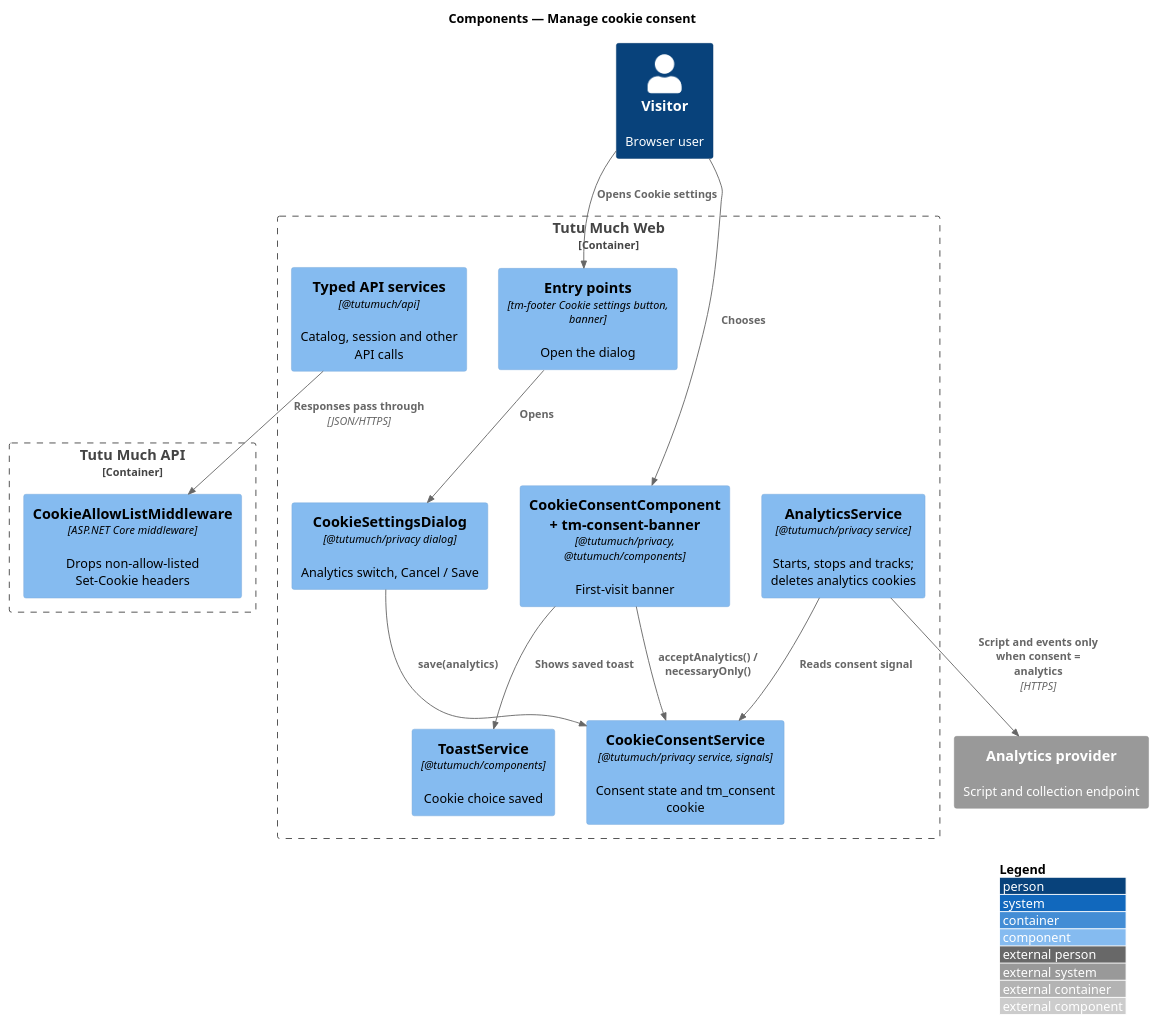
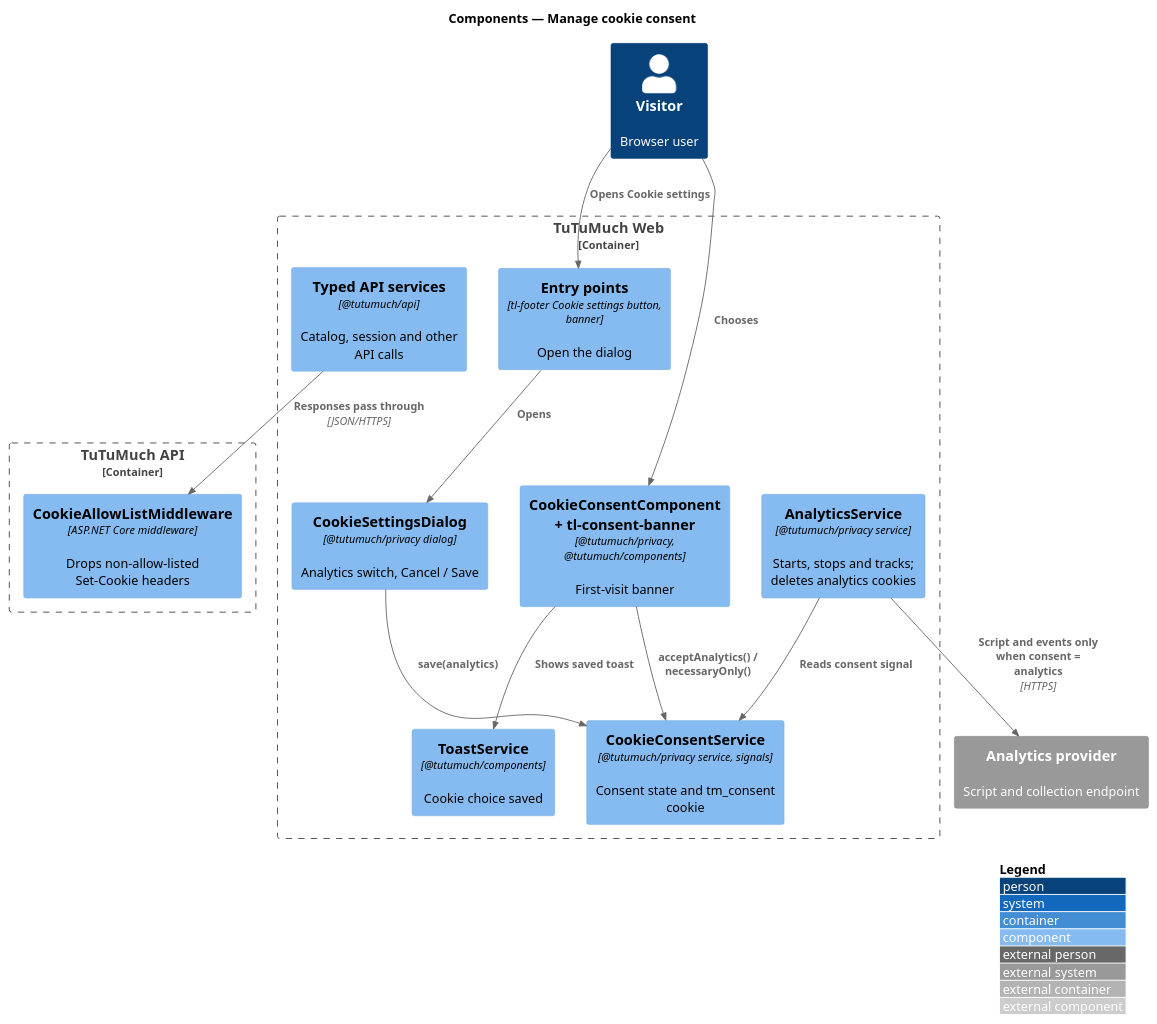
One commit to QuinntyneBrown/tutumuch changed the diagram in docs/detailed-designs/privacy/manage-cookie-consent/diagrams/c4-component.puml. Above: the diagram before and after it, drawn with PlantUML. The commit also changed 1004 other files, not shown here.

```diff
--- a/docs/detailed-designs/privacy/manage-cookie-consent/diagrams/c4-component.puml
+++ b/docs/detailed-designs/privacy/manage-cookie-consent/diagrams/c4-component.puml
@@ -1,30 +1,30 @@
 @startuml
 !include <C4/C4_Component>
 LAYOUT_WITH_LEGEND()
 title Components — Manage cookie consent
 
 Person(visitor, "Visitor", "Browser user")
-Container_Boundary(web, "Tutu Much Web") {
-  Component(banner, "CookieConsentComponent + tm-consent-banner", "@tutumuch/privacy, @tutumuch/components", "First-visit banner")
+Container_Boundary(web, "TuTuMuch Web") {
+  Component(banner, "CookieConsentComponent + tl-consent-banner", "@tutumuch/privacy, @tutumuch/components", "First-visit banner")
   Component(dialog, "CookieSettingsDialog", "@tutumuch/privacy dialog", "Analytics switch, Cancel / Save")
-  Component(entry, "Entry points", "tm-footer Cookie settings button, banner", "Open the dialog")
+  Component(entry, "Entry points", "tl-footer Cookie settings button, banner", "Open the dialog")
   Component(consent, "CookieConsentService", "@tutumuch/privacy service, signals", "Consent state and tm_consent cookie")
   Component(analyticsSvc, "AnalyticsService", "@tutumuch/privacy service", "Starts, stops and tracks; deletes analytics cookies")
   Component(toast, "ToastService", "@tutumuch/components", "Cookie choice saved")
   Component(apis, "Typed API services", "@tutumuch/api", "Catalog, session and other API calls")
 }
-Container_Boundary(api, "Tutu Much API") {
+Container_Boundary(api, "TuTuMuch API") {
   Component(mw, "CookieAllowListMiddleware", "ASP.NET Core middleware", "Drops non-allow-listed Set-Cookie headers")
 }
 System_Ext(analytics, "Analytics provider", "Script and collection endpoint")
 
 Rel(visitor, banner, "Chooses")
 Rel(visitor, entry, "Opens Cookie settings")
 Rel(entry, dialog, "Opens")
 Rel(banner, consent, "acceptAnalytics() / necessaryOnly()")
 Rel(banner, toast, "Shows saved toast")
 Rel(dialog, consent, "save(analytics)")
 Rel(analyticsSvc, consent, "Reads consent signal")
 Rel(analyticsSvc, analytics, "Script and events only when consent = analytics", "HTTPS")
 Rel(apis, mw, "Responses pass through", "JSON/HTTPS")
 @enduml
```
